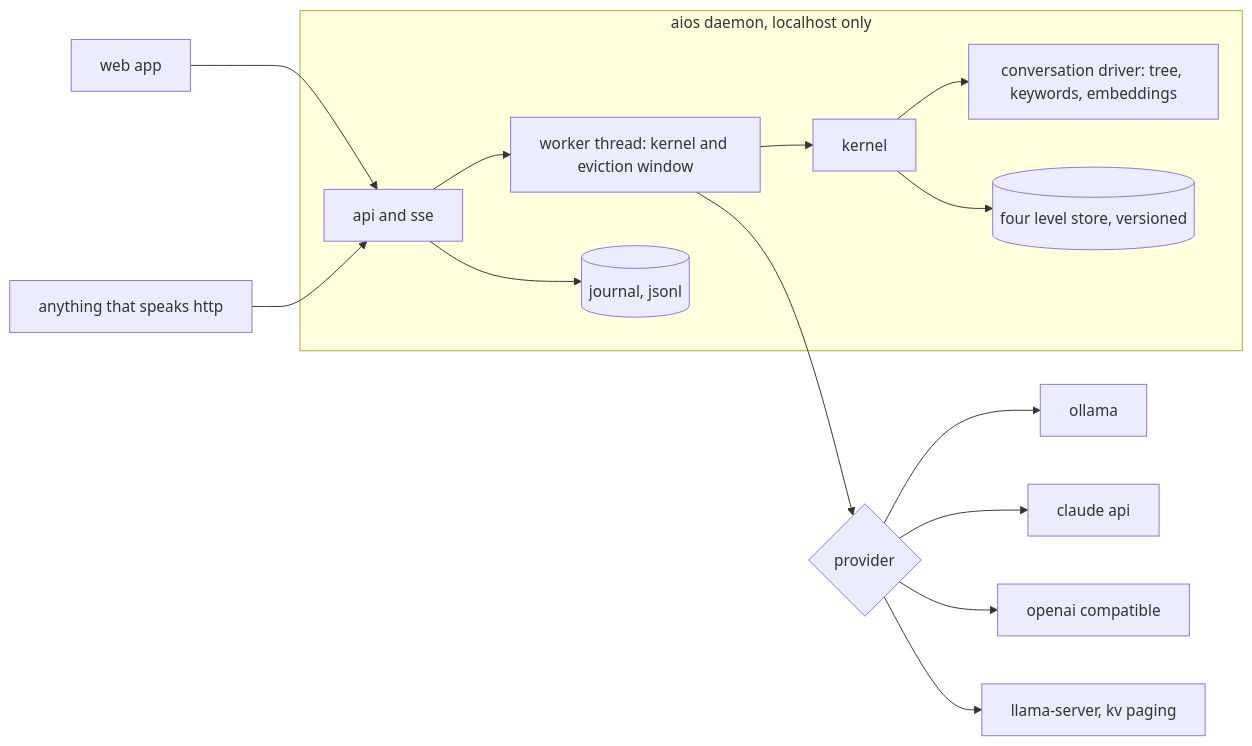
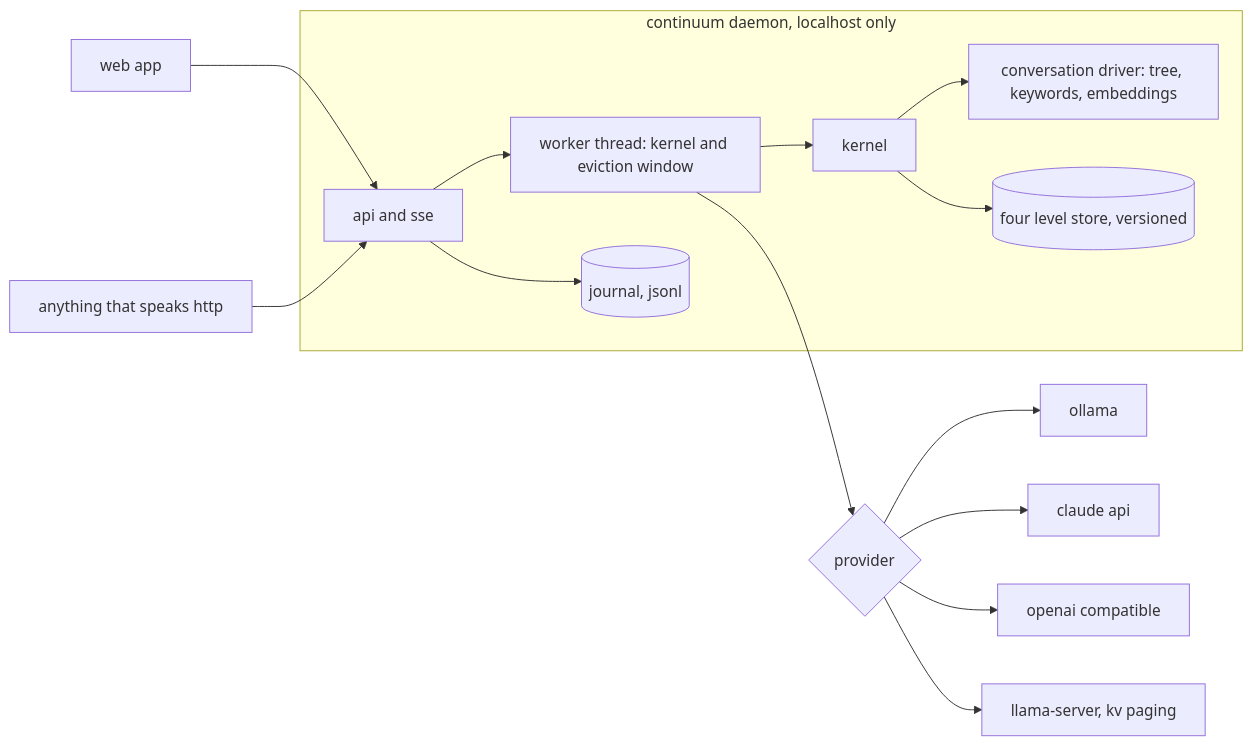
Before and after one commit to ram0verflow/aios: the second of 2 diagrams in README.md, drawn with Mermaid. The commit also changed other lines of this file and 28 other files, not shown here.

First line of the commit message:
rename the codebase aios -> continuum / continuumd

````diff
--- a/README.md
+++ b/README.md
@@ -83,17 +83,17 @@
 ```mermaid
 flowchart LR
     APP[web app] --> D
     ANY[anything that speaks http] --> D
-    subgraph daemon [aios daemon, localhost only]
+    subgraph daemon [continuum daemon, localhost only]
         D[api and sse] --> W[worker thread: kernel and eviction window]
         D --> J[(journal, jsonl)]
         W --> K[kernel]
         K --> DRV[conversation driver: tree, keywords, embeddings]
         K --> ST[(four level store, versioned)]
     end
     W --> PR{provider}
     PR --> OL[ollama]
     PR --> CL[claude api]
     PR --> OA[openai compatible]
     PR --> LS[llama-server, kv paging]
 ```
````
